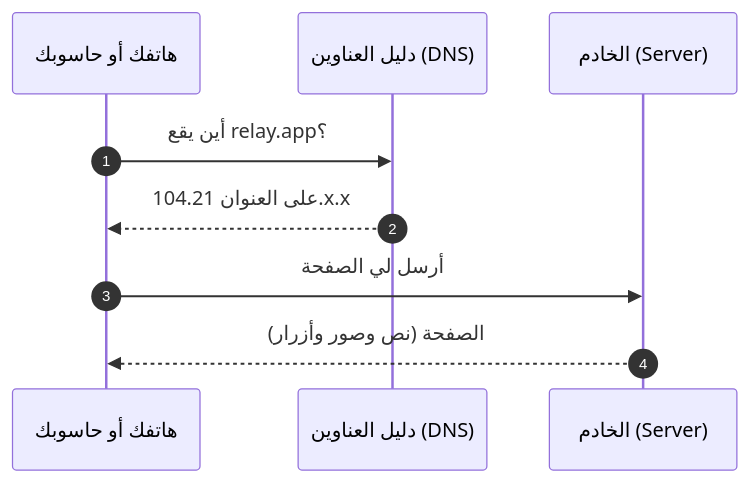
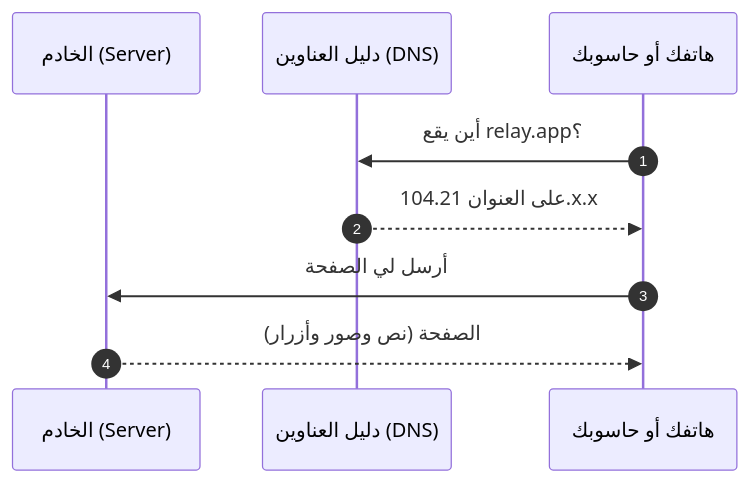
One commit to Tamoura/system-design-for-vibe-coders changed the first of 7 diagrams in modules/00-foundations/foundations.ar.md. Above: the diagram before and after it, drawn with Mermaid. The commit also changed other lines of this file and 31 other files, not shown here.

First line of the commit message:
Arabic editions: diagrams flow right to left

````diff
--- a/modules/00-foundations/foundations.ar.md
+++ b/modules/00-foundations/foundations.ar.md
@@ -23,11 +23,11 @@
 ```mermaid
 sequenceDiagram
     autonumber
+    participant S as الخادم (Server)
+    participant DNS as دليل العناوين (DNS)
     participant You as هاتفك أو حاسوبك
-    participant DNS as دليل العناوين (DNS)
-    participant S as الخادم (Server)
     You->>DNS: أين يقع relay.app؟
     DNS-->>You: على العنوان 104.21.x.x
     You->>S: أرسل لي الصفحة
     S-->>You: الصفحة (نص وصور وأزرار)
 ```
````
